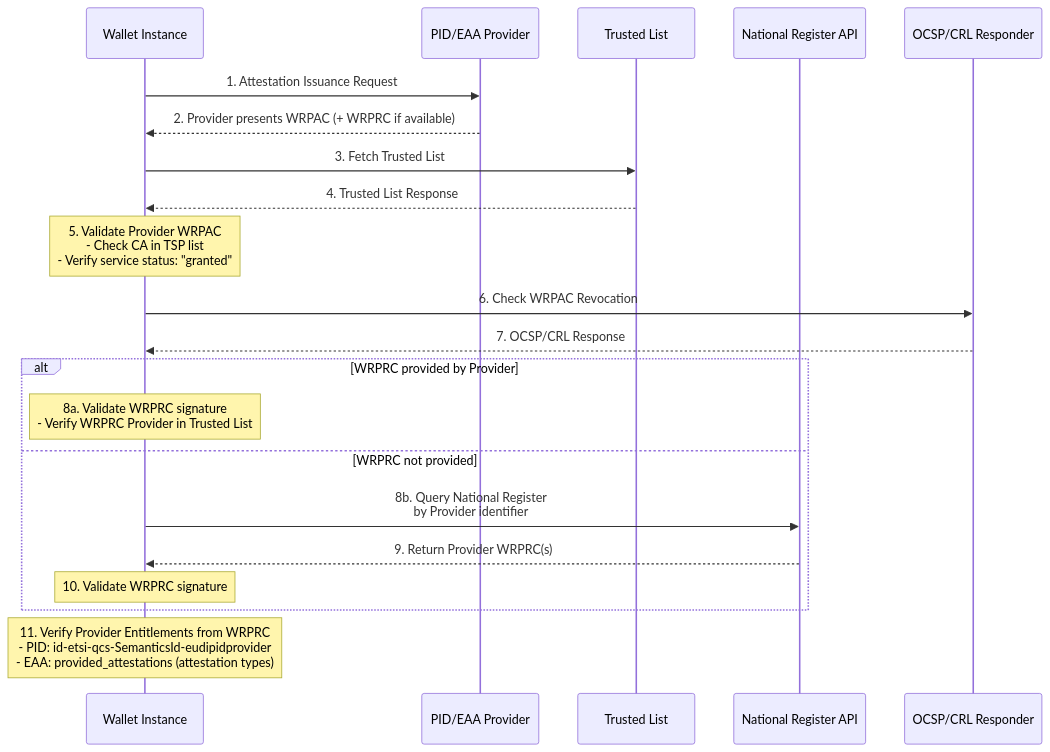
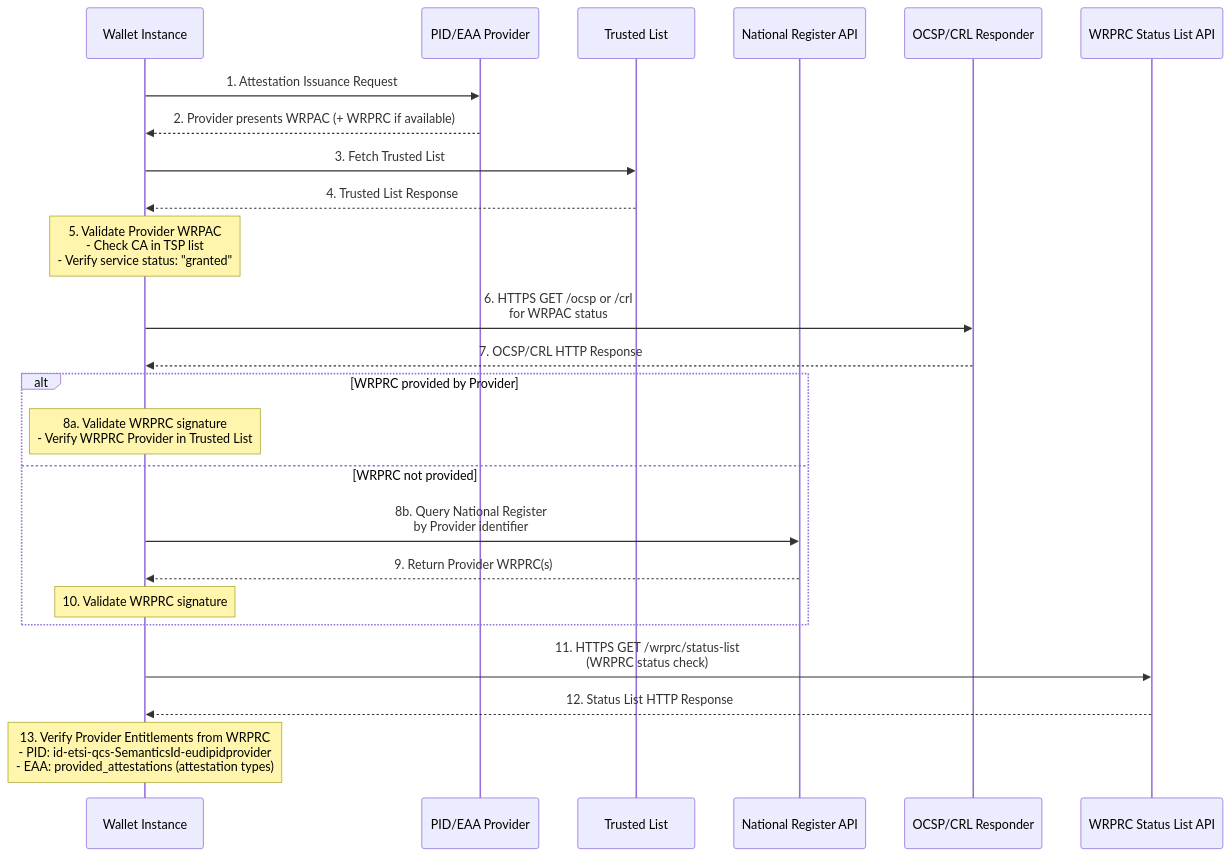
One commit to webuild-consortium/wp4-trust-group changed the third of 11 diagrams in task2-trust-framework/wallet-policy-discovery.md. Above: the diagram before and after it, drawn with Mermaid. The commit also changed other lines of this file, not shown here.

Commit message:
feat: added revocation check http request in policy discovery patterns

````diff
--- a/task2-trust-framework/wallet-policy-discovery.md
+++ b/task2-trust-framework/wallet-policy-discovery.md
@@ -138,26 +142,30 @@
 ```mermaid
 sequenceDiagram
     participant W as Wallet Instance
     participant P as PID/EAA Provider
     participant TL as Trusted List
     participant NR as National Register API
     participant OCSP as OCSP/CRL Responder
+    participant RCStatus as WRPRC Status List API
 
     W->>P: 1. Attestation Issuance Request
     P-->>W: 2. Provider presents WRPAC (+ WRPRC if available)
     W->>TL: 3. Fetch Trusted List
     TL-->>W: 4. Trusted List Response
     Note over W: 5. Validate Provider WRPAC<br/>- Check CA in TSP list<br/>- Verify service status: "granted"
-    W->>OCSP: 6. Check WRPAC Revocation
-    OCSP-->>W: 7. OCSP/CRL Response
+    W->>OCSP: 6. HTTPS GET /ocsp or /crl<br/>for WRPAC status
+    OCSP-->>W: 7. OCSP/CRL HTTP Response
     
     alt WRPRC provided by Provider
         Note over W: 8a. Validate WRPRC signature<br/>- Verify WRPRC Provider in Trusted List
     else WRPRC not provided
         W->>NR: 8b. Query National Register<br/>by Provider identifier
         NR-->>W: 9. Return Provider WRPRC(s)
         Note over W: 10. Validate WRPRC signature
     end
     
-    Note over W: 11. Verify Provider Entitlements from WRPRC<br/>- PID: id-etsi-qcs-SemanticsId-eudipidprovider<br/>- EAA: provided_attestations (attestation types)
+    W->>RCStatus: 11. HTTPS GET /wrprc/status-list<br/>(WRPRC status check)
+    RCStatus-->>W: 12. Status List HTTP Response
+    
+    Note over W: 13. Verify Provider Entitlements from WRPRC<br/>- PID: id-etsi-qcs-SemanticsId-eudipidprovider<br/>- EAA: provided_attestations (attestation types)
 ```
````
